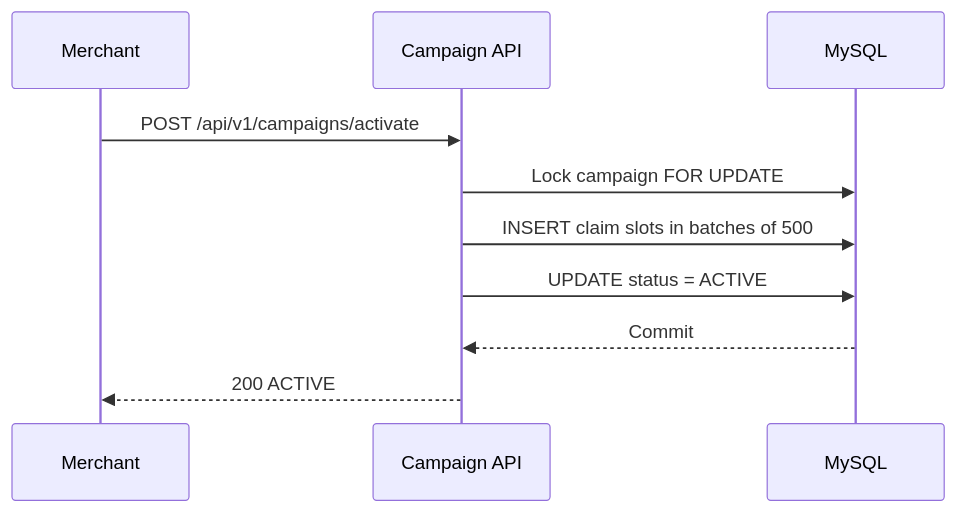
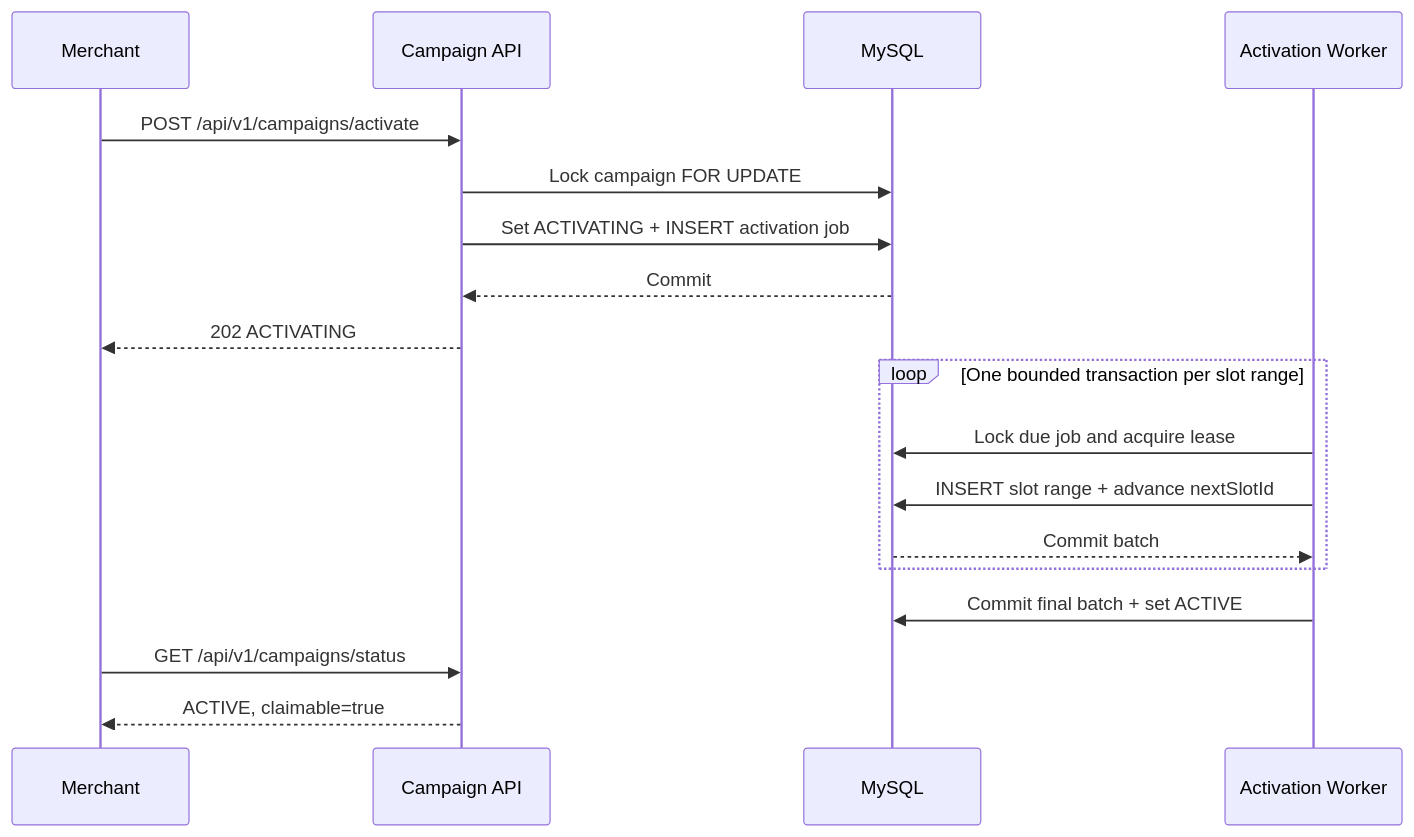
The eighth of 14 diagrams in SOLUTION.md (PhamDinhDuy-2508/Voucher-claim-system), drawn with Mermaid before and after one commit. The commit also changed other lines of this file and 65 other files, not shown here.

````diff
--- a/SOLUTION.md
+++ b/SOLUTION.md
@@ -404,13 +418,21 @@
 ```mermaid
 sequenceDiagram
     participant M as Merchant
     participant API as Campaign API
     participant DB as MySQL
+    participant W as Activation Worker
 
     M->>API: POST /api/v1/campaigns/activate
     API->>DB: Lock campaign FOR UPDATE
-    API->>DB: INSERT claim slots in batches of 500
-    API->>DB: UPDATE status = ACTIVE
+    API->>DB: Set ACTIVATING + INSERT activation job
     DB-->>API: Commit
-    API-->>M: 200 ACTIVE
+    API-->>M: 202 ACTIVATING
+    loop One bounded transaction per slot range
+        W->>DB: Lock due job and acquire lease
+        W->>DB: INSERT slot range + advance nextSlotId
+        DB-->>W: Commit batch
+    end
+    W->>DB: Commit final batch + set ACTIVE
+    M->>API: GET /api/v1/campaigns/status
+    API-->>M: ACTIVE, claimable=true
 ```
````
